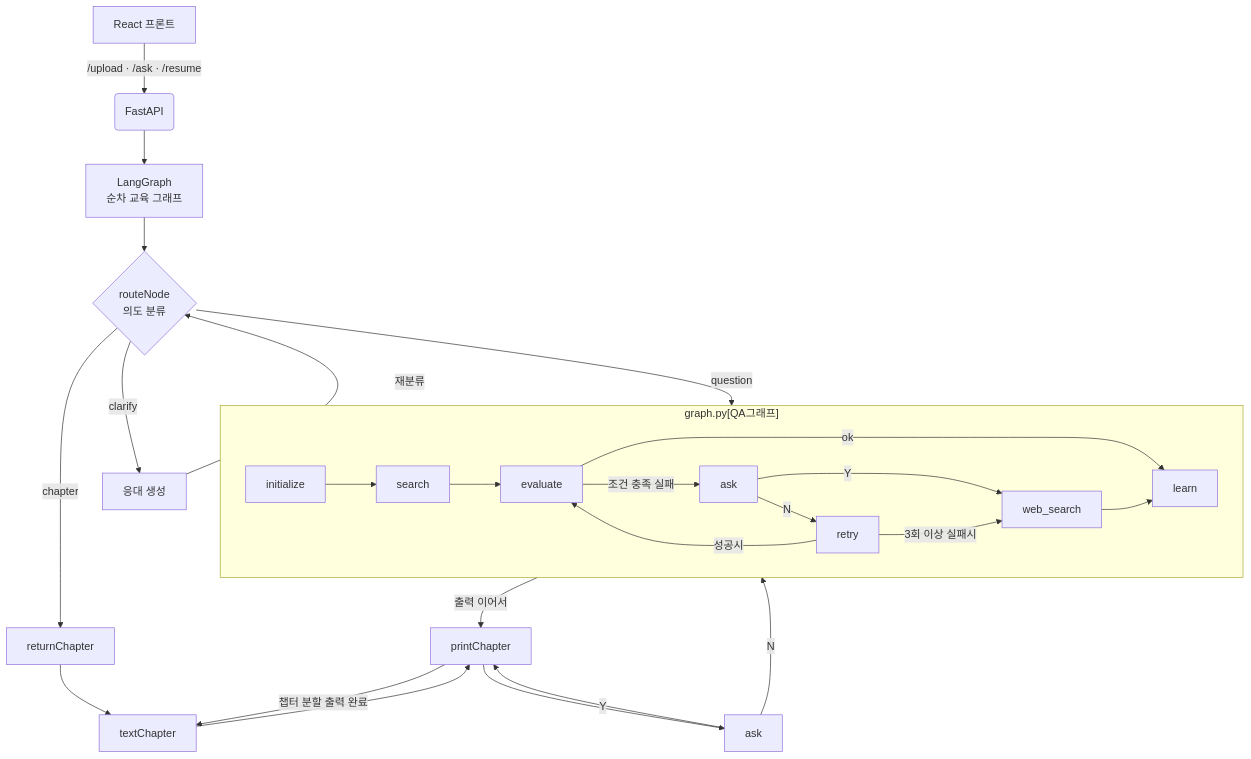
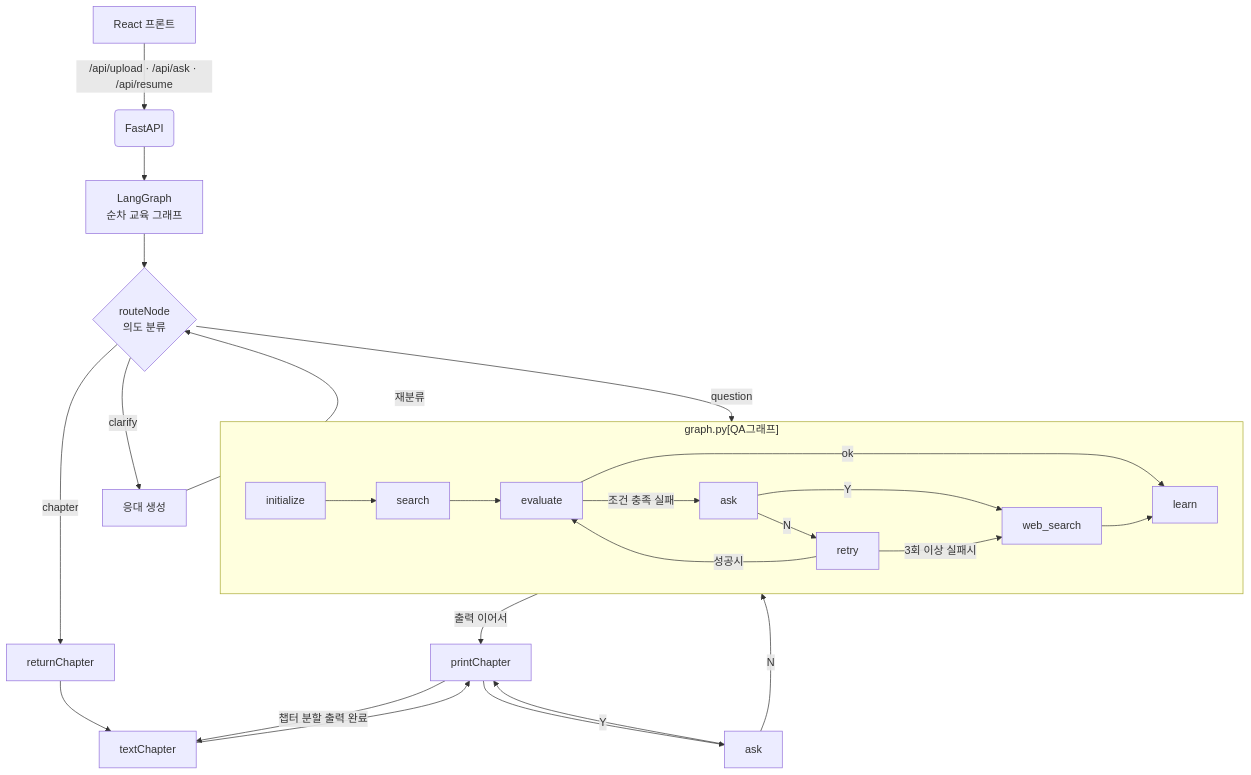
Before and after one commit to 100-hours-a-week/KTB4-amy-AI: the first of 2 diagrams in personal_project/README.md, drawn with Mermaid. The commit also changed other lines of this file and 1 other file, not shown here.

````diff
--- a/personal_project/README.md
+++ b/personal_project/README.md
@@ -67,32 +71,32 @@
 ```mermaid
 ---
 config:
   layout: dagre
 ---
 flowchart TB
  subgraph s1["graph.py[QA그래프]"]
         n1["initialize"] --> n2["search"]
         n2 --> n3["evaluate"]
         n3 -- ok --> n4["learn"]
         n3 -- 조건 충족 실패 --> n5["ask"]
         n5 -- N --> retry
         n5 -- Y --> web_search
         retry -- 3회 이상 실패시 --> web_search
         retry -- 성공시 --> n3
         web_search --> n4
   end
-    A["React 프론트"] -- "/upload · /ask · /resume" --> B("FastAPI")
+    A["React 프론트"] -- "/api/upload · /api/ask · /api/resume" --> B("FastAPI")
     B --> G["LangGraph\n순차 교육 그래프"]
     G --> C{"routeNode\n의도 분류"}
     C -- chapter --> D["returnChapter"]
     C -- question --> s1
     C -- clarify --> F["응대 생성"]
     D --> D_1["textChapter"]
     D_1 --> D_2["printChapter"]
     D_2 --> D_3["ask"]
     F -- 재분류 --> C
     D_3 -- Y --> D_2
     D_3 -- N --> s1
     D_2 -- 챕터 분할 출력 완료 --> D_1
     s1 -- 출력 이어서 --> D_2
 ```
````
